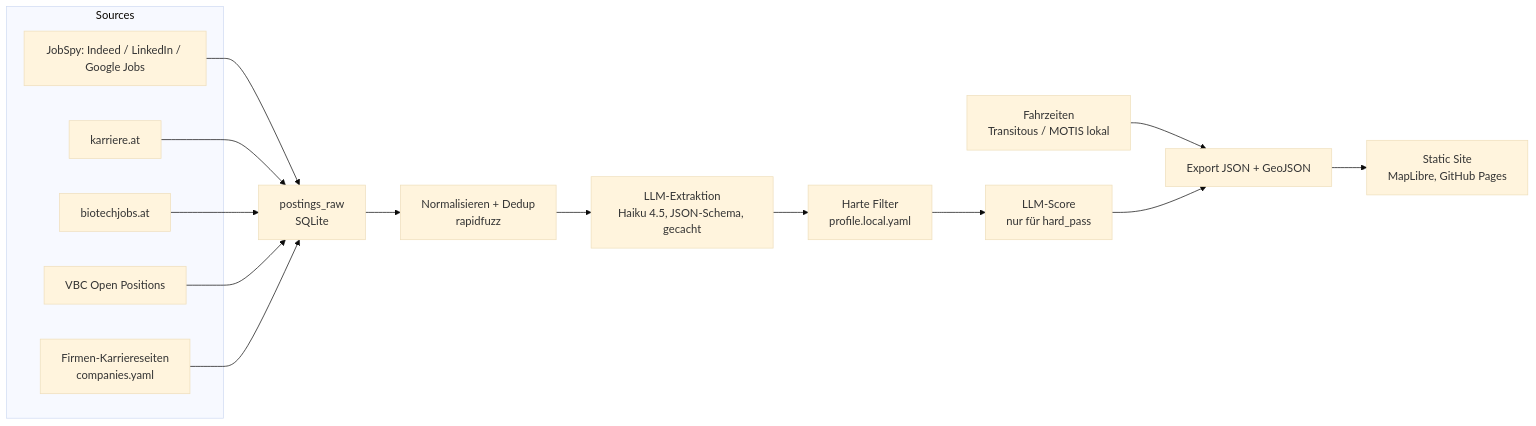
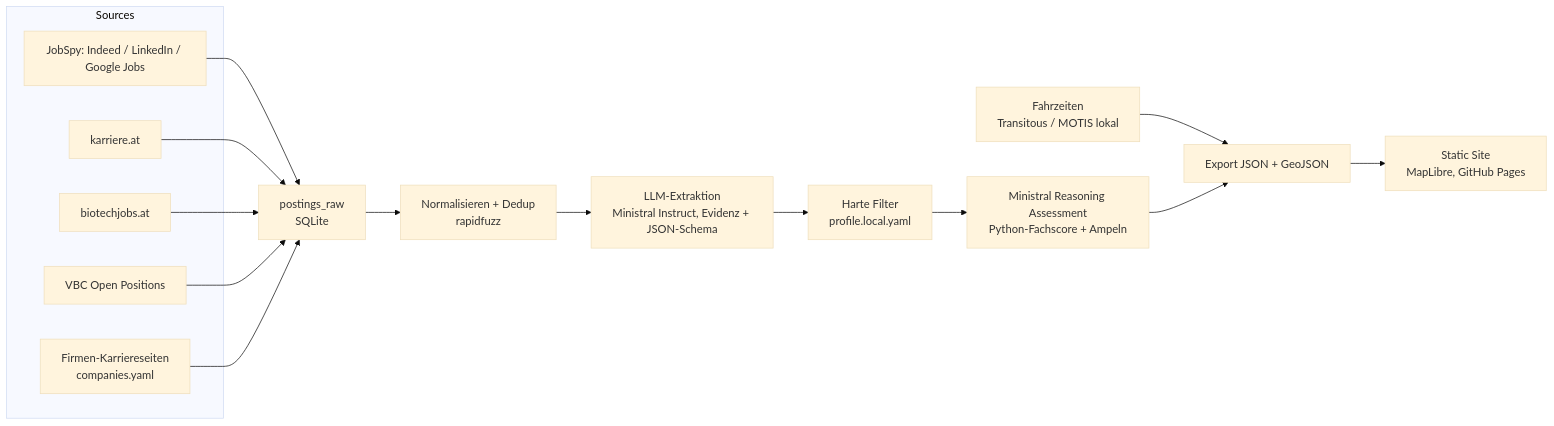
Before and after one commit to NikMibu/Jobradar_Austria_Biotech: the diagram in heimspiel_SPEC.md, drawn with Mermaid (base theme). The commit also changed other lines of this file and 26 other files, not shown here.

````diff
--- a/heimspiel_SPEC.md
+++ b/heimspiel_SPEC.md
@@ -28,18 +28,18 @@
 ```mermaid
 flowchart LR
   subgraph Sources
     A1[JobSpy: Indeed / LinkedIn / Google Jobs]
     A2[karriere.at]
     A3[biotechjobs.at]
     A4[VBC Open Positions]
     A5[Firmen-Karriereseiten<br/>companies.yaml]
   end
   A1 & A2 & A3 & A4 & A5 --> B[postings_raw<br/>SQLite]
   B --> C[Normalisieren + Dedup<br/>rapidfuzz]
-  C --> D[LLM-Extraktion<br/>Haiku 4.5, JSON-Schema, gecacht]
+  C --> D[LLM-Extraktion<br/>Ministral Instruct, Evidenz + JSON-Schema]
   D --> E[Harte Filter<br/>profile.local.yaml]
-  E --> F[LLM-Score<br/>nur für hard_pass]
+  E --> F[Ministral Reasoning Assessment<br/>Python-Fachscore + Ampeln]
   G[Fahrzeiten<br/>Transitous / MOTIS lokal] --> H
   F --> H[Export JSON + GeoJSON]
   H --> I[Static Site<br/>MapLibre, GitHub Pages]
 ```
````
